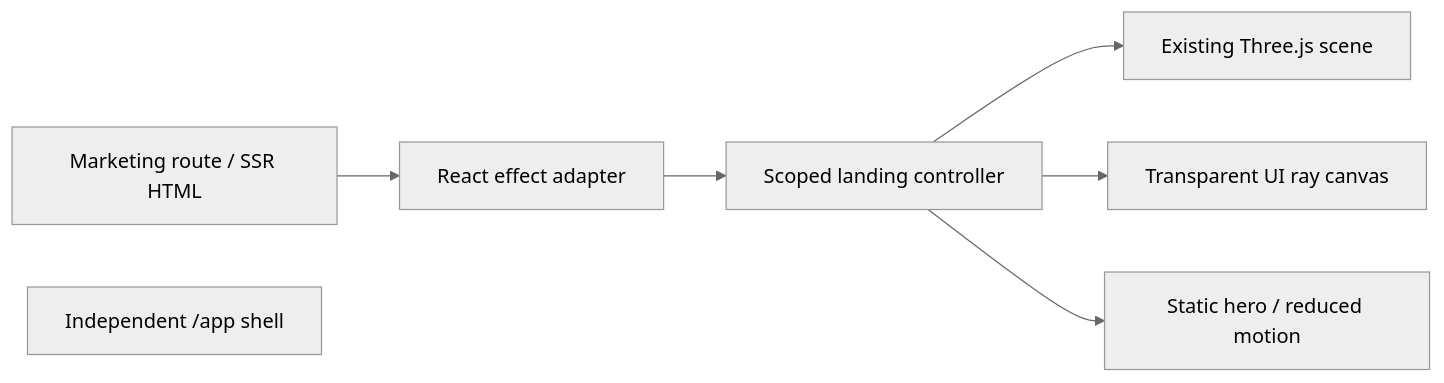
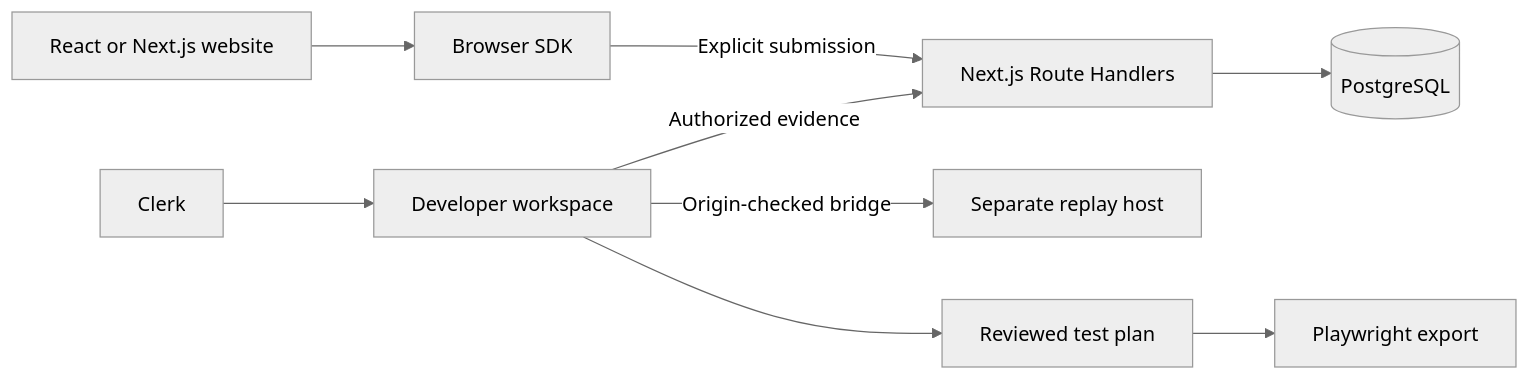
The diagram in docs/ARCHITECTURE.md (vanshambansal/Unravel), drawn with Mermaid (neutral theme) before and after one commit. The commit also changed other lines of this file and 180 other files, not shown here.

````diff
--- a/docs/ARCHITECTURE.md
+++ b/docs/ARCHITECTURE.md
@@ -11,9 +5,11 @@
 ```mermaid
 flowchart LR
-  Page[Marketing route / SSR HTML] --> Adapter[React effect adapter]
-  Adapter --> Controller[Scoped landing controller]
-  Controller --> Scene[Existing Three.js scene]
-  Controller --> Rays[Transparent UI ray canvas]
-  Controller --> Fallback[Static hero / reduced motion]
-  Shell[Independent /app shell]
+  Site[React or Next.js website] --> SDK[Browser SDK]
+  SDK -->|Explicit submission| API[Next.js Route Handlers]
+  API --> DB[(PostgreSQL)]
+  Clerk[Clerk] --> Workspace[Developer workspace]
+  Workspace -->|Authorized evidence| API
+  Workspace -->|Origin-checked bridge| Player[Separate replay host]
+  Workspace --> Plan[Reviewed test plan]
+  Plan --> Test[Playwright export]
 ```
````
